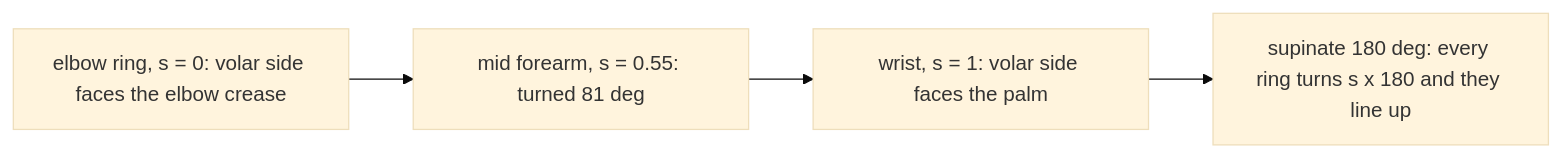
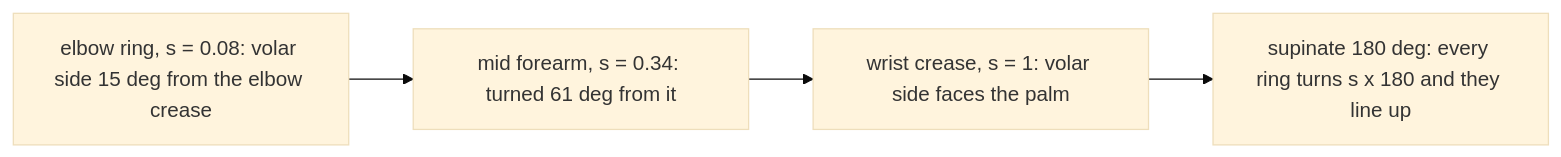
Before and after one commit to iam25th1/25th-procedural-hands: the second of 3 diagrams in hands/README.md, drawn with Mermaid (base theme). The commit also changed other lines of this file and 21 other files, not shown here.

````diff
--- a/hands/README.md
+++ b/hands/README.md
@@ -122,5 +144,5 @@
 ```mermaid
 flowchart LR
-  E["elbow ring, s = 0: volar side faces the elbow crease"] --> M["mid forearm, s = 0.55: turned 81 deg"] --> W["wrist, s = 1: volar side faces the palm"]
+  E["elbow ring, s = 0.08: volar side 15 deg from the elbow crease"] --> M["mid forearm, s = 0.34: turned 61 deg from it"] --> W["wrist crease, s = 1: volar side faces the palm"]
   W --> S["supinate 180 deg: every ring turns s x 180 and they line up"]
 ```
````
